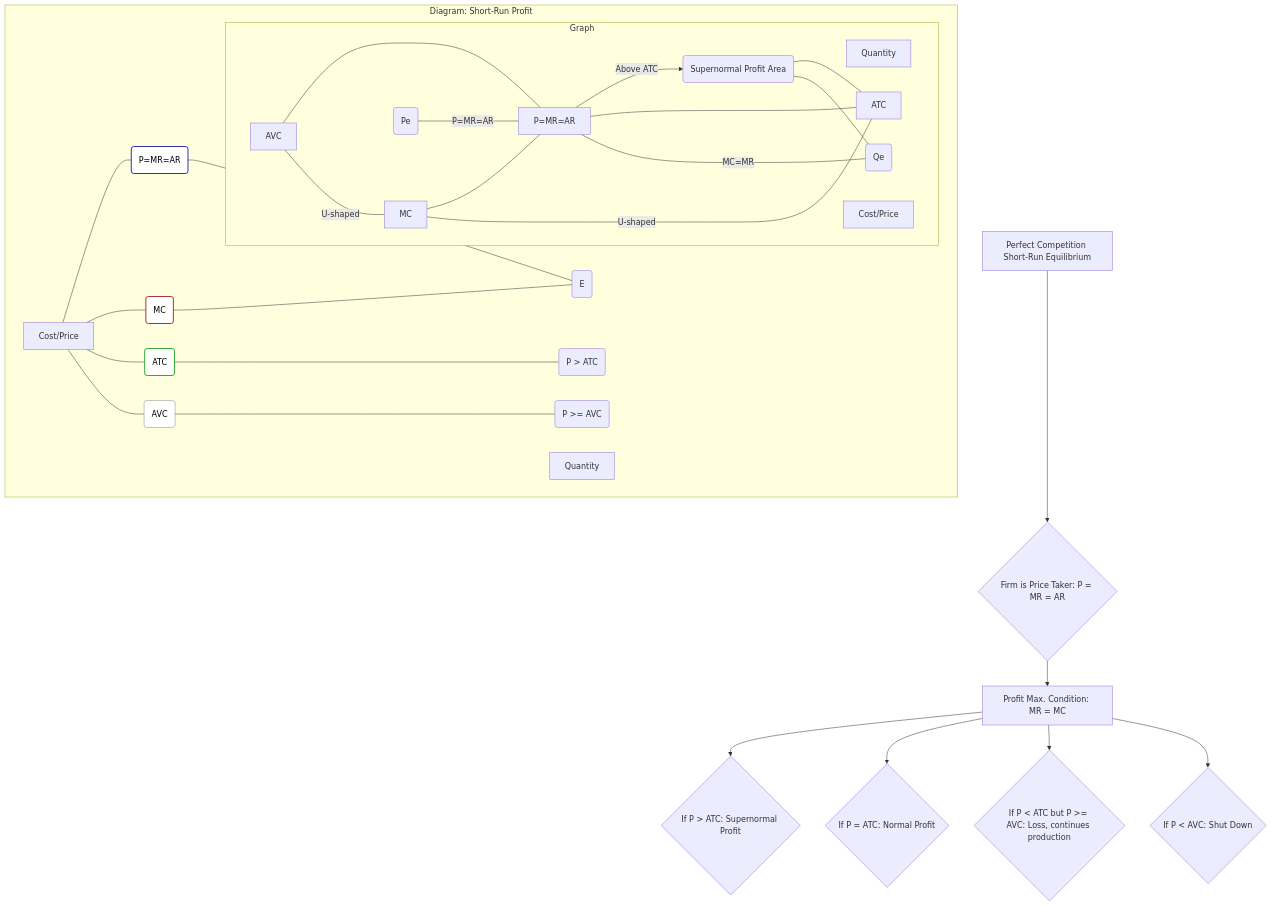
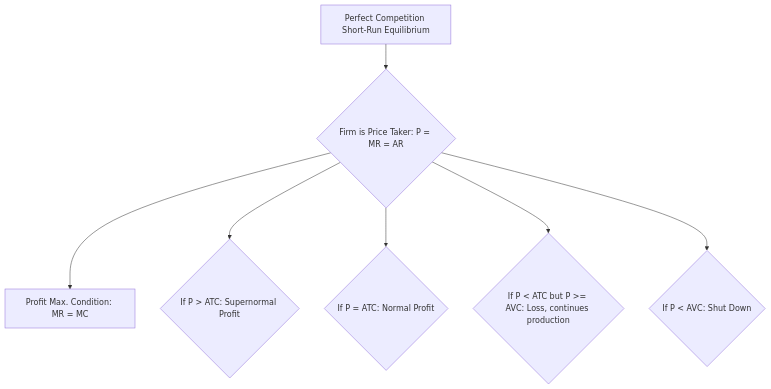
One commit to djmahe4/ktu-mindmaps changed the sixth of 24 diagrams in s6/IEFT/ie2.md. Above: the diagram before and after it, drawn with Mermaid. The commit also changed other lines of this file, not shown here.

````diff
--- a/s6/IEFT/ie2.md
+++ b/s6/IEFT/ie2.md
@@ -319,60 +221,9 @@
 ```mermaid
 graph TD
     A["Perfect Competition Short-Run Equilibrium"] --> B{"Firm is Price Taker: P = MR = AR"}
     B --> C["Profit Max. Condition: MR = MC"]
-    C --> D{"If P > ATC: Supernormal Profit"}
-    C --> E{"If P = ATC: Normal Profit"}
-    C --> F{"If P < ATC but P >= AVC: Loss, continues production"}
-    C --> G{"If P < AVC: Shut Down"}
-
-    subgraph "Diagram: Short-Run Profit"
-        direction LR
-        Output_X["Quantity"]
-        CostPrice_Y["Cost/Price"]
-
-        MarketPrice("P=MR=AR")
-        MC_Curve("MC")
-        ATC_Curve("ATC")
-        AVC_Curve("AVC")
-
-        CostPrice_Y --- MarketPrice
-        CostPrice_Y --- MC_Curve
-        CostPrice_Y --- ATC_Curve
-        CostPrice_Y --- AVC_Curve
-
-        MarketPrice --- EquilibriumPoint("E")
-        MC_Curve --- EquilibriumPoint
-        ATC_Curve --- ProfitArea("P > ATC")
-        AVC_Curve --- ShutDownPoint("P >= AVC")
-
-        style MarketPrice fill:#fff,stroke:#33a,stroke-width:2px,color:#000
-        style MC_Curve fill:#fff,stroke:#a33,stroke-width:2px,color:#000
-        style ATC_Curve fill:#fff,stroke:#3a3,stroke-width:2px,color:#000
-        style AVC_Curve fill:#fff,stroke:#888,stroke-width:1px,color:#000
-
-        subgraph "Graph"
-            direction LR
-            Q_axis["Quantity"]
-            CP_axis["Cost/Price"]
-
-            p_mr_ar["P=MR=AR"]
-            mc["MC"]
-            atc["ATC"]
-            avc["AVC"]
-
-            mc --- p_mr_ar
-            atc --- p_mr_ar
-            avc --- p_mr_ar
-
-            Equilibrium_Q("Qe") --- |"MC=MR"| p_mr_ar
-            Equilibrium_Price("Pe") --- |"P=MR=AR"| p_mr_ar
-            
-            p_mr_ar --> |"Above ATC"| ProfitRect("Supernormal Profit Area")
-            ProfitRect --- atc
-            ProfitRect --- Equilibrium_Q
-            
-            atc --- |"U-shaped"| mc
-            avc --- |"U-shaped"| mc
-        end
-    end
+    B --> D{"If P > ATC: Supernormal Profit"}
+    B --> E{"If P = ATC: Normal Profit"}
+    B --> F{"If P < ATC but P >= AVC: Loss, continues production"}
+    B --> G{"If P < AVC: Shut Down"}
 ```
````
